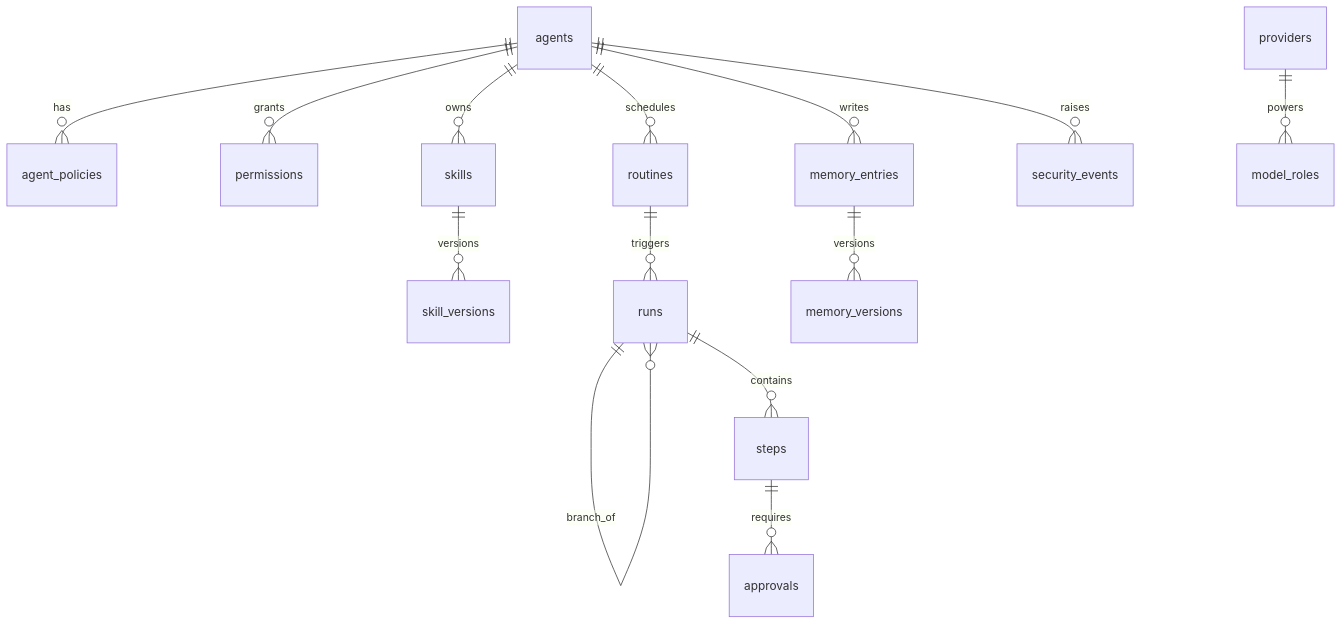
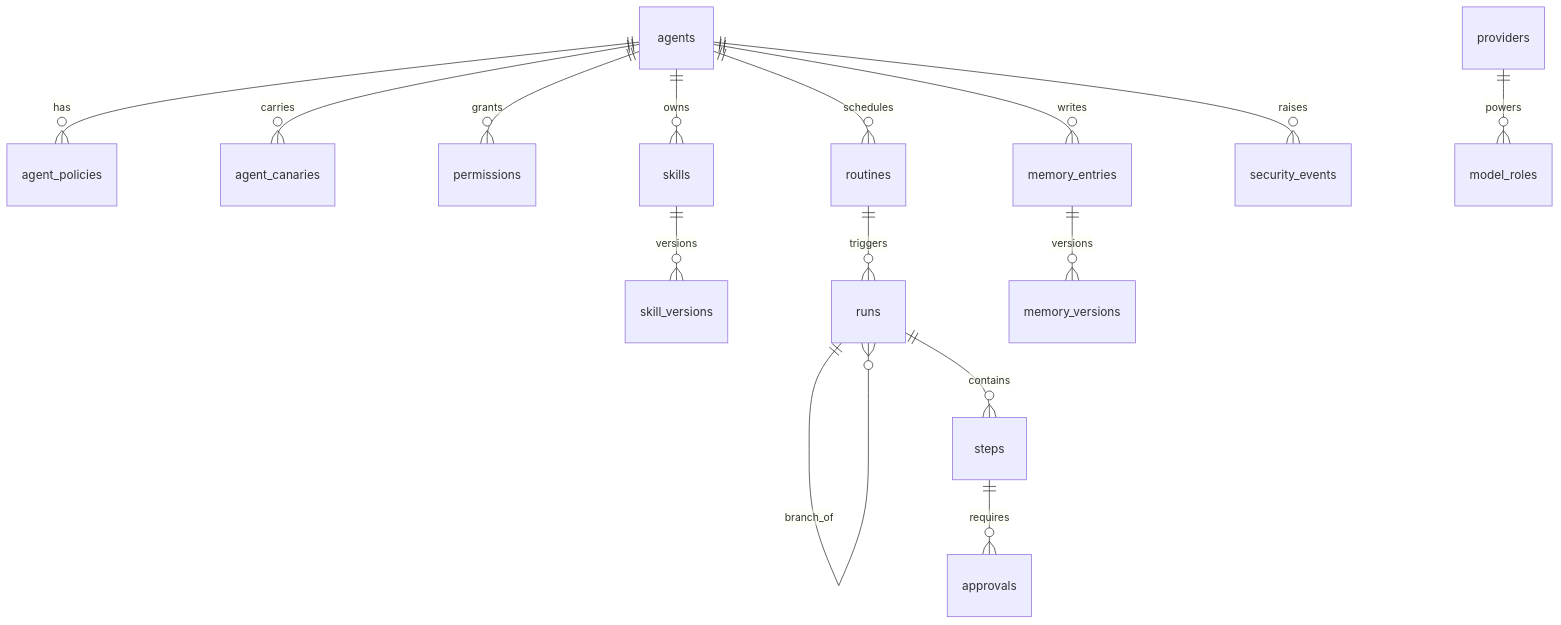
One commit to Satyamkryo/Eclipse-Crew changed the eighth of 12 diagrams in docs/ARCHITECTURE.md. Above: the diagram before and after it, drawn with Mermaid. The commit also changed other lines of this file and 384 other files, not shown here.

````diff
--- a/docs/ARCHITECTURE.md
+++ b/docs/ARCHITECTURE.md
@@ -779,16 +853,17 @@
 ```mermaid
 erDiagram
   agents ||--o{ agent_policies : has
+  agents ||--o{ agent_canaries : carries
   agents ||--o{ permissions : grants
   agents ||--o{ skills : owns
   skills ||--o{ skill_versions : versions
   agents ||--o{ routines : schedules
   routines ||--o{ runs : triggers
   runs ||--o{ runs : branch_of
   runs ||--o{ steps : contains
   steps ||--o{ approvals : requires
   agents ||--o{ memory_entries : writes
   memory_entries ||--o{ memory_versions : versions
   agents ||--o{ security_events : raises
   providers ||--o{ model_roles : powers
 ```
````
